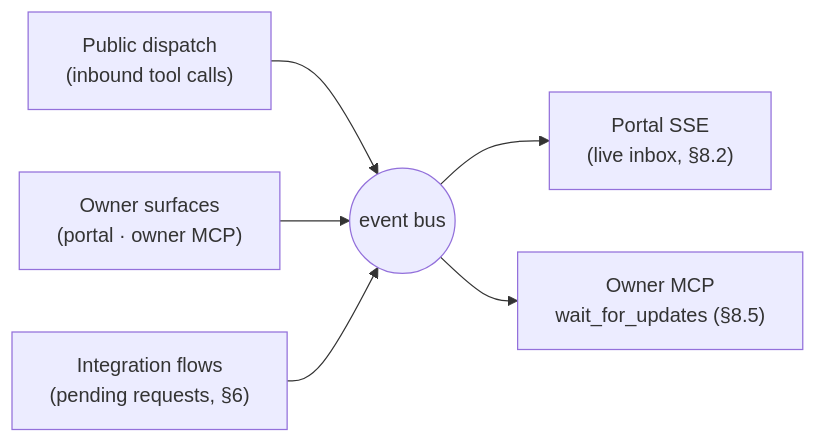
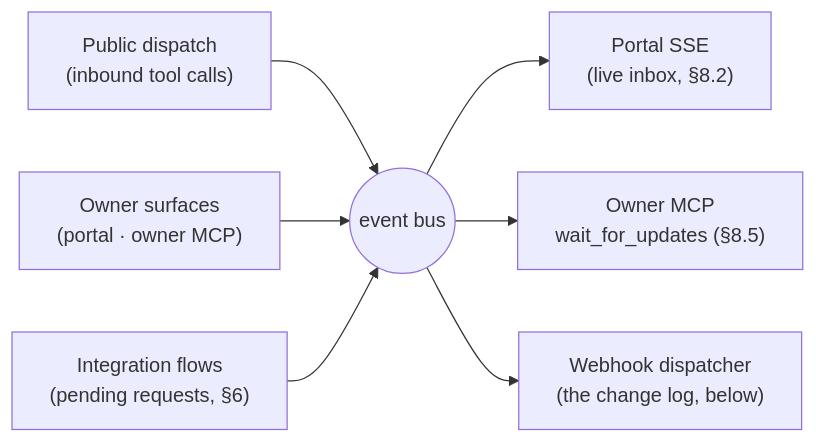
The fifth of 8 diagrams in SPEC.md (humandelegatedtrustprotocol/hdtp-gateway), drawn with Mermaid before and after one commit. The commit also changed other lines of this file and 68 other files, not shown here.

````diff
--- a/SPEC.md
+++ b/SPEC.md
@@ -764,8 +764,9 @@
 ```mermaid
 flowchart LR
     PD["Public dispatch<br/>(inbound tool calls)"] --> BUS(("event bus"))
     OS["Owner surfaces<br/>(portal · owner MCP)"] --> BUS
     IF["Integration flows<br/>(pending requests, §6)"] --> BUS
     BUS --> SSE["Portal SSE<br/>(live inbox, §8.2)"]
     BUS --> RES["Owner MCP<br/>wait_for_updates (§8.5)"]
+    BUS --> WH["Webhook dispatcher<br/>(the change log, below)"]
 ```
````
